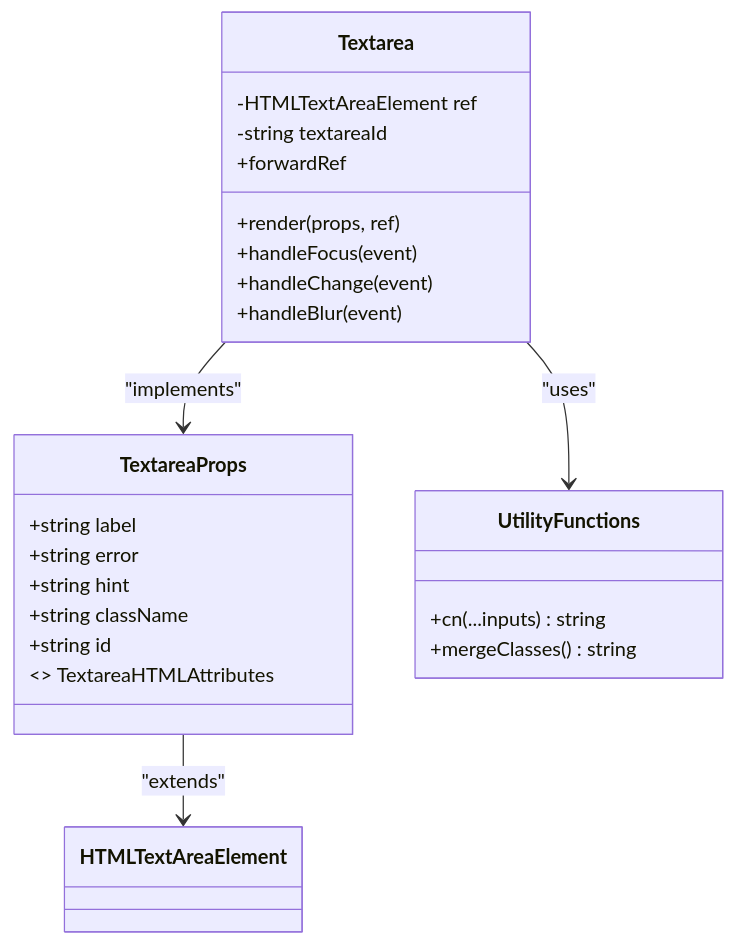
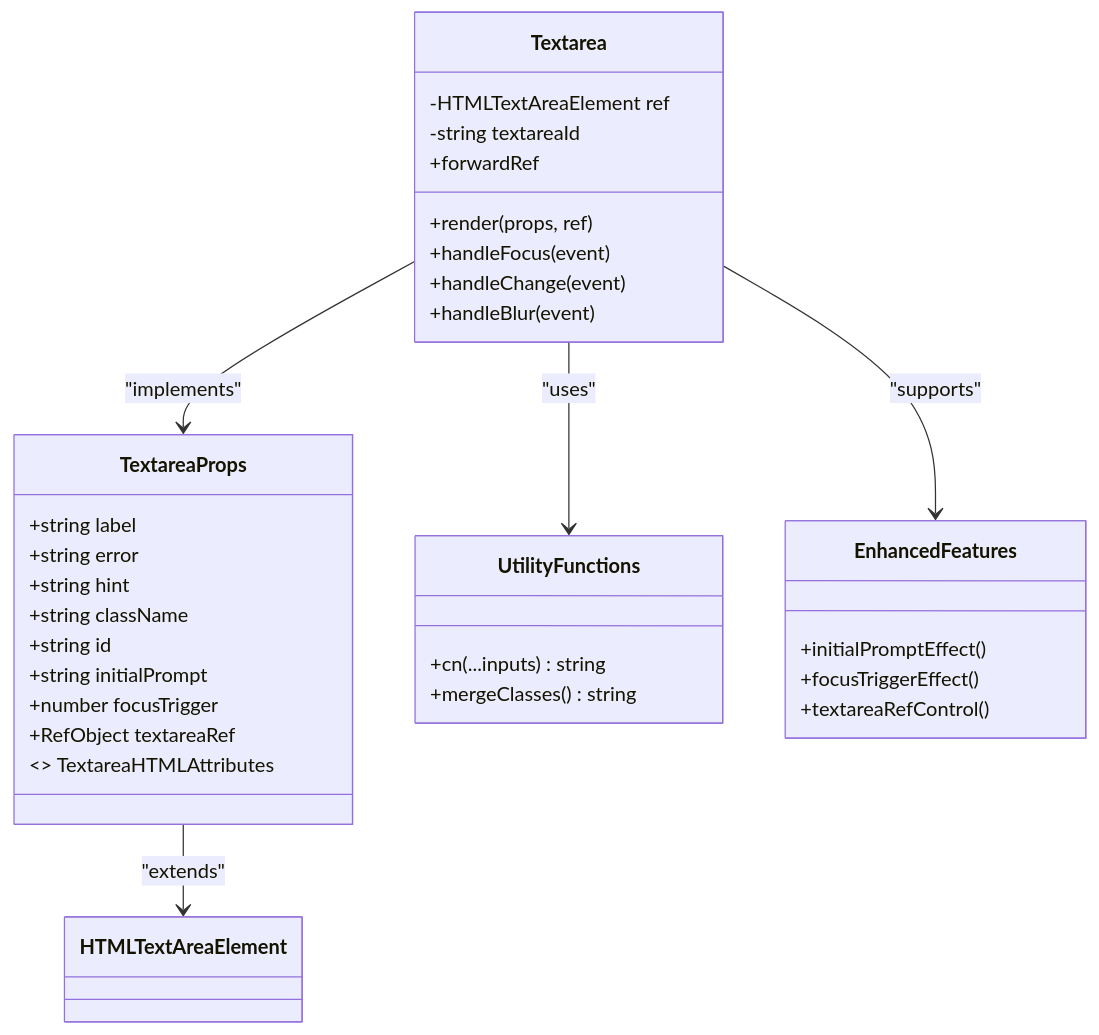
The second of 6 diagrams in .qoder/repowiki/en/content/UI Component System/Textarea Component.md (shekhargiri005-dotcom/AI-powered-accessibility-first-UI-engine), drawn with Mermaid before and after one commit. The commit also changed other lines of this file and 10 other files, not shown here.

````diff
--- a/.qoder/repowiki/en/content/UI Component System/Textarea Component.md
+++ b/.qoder/repowiki/en/content/UI Component System/Textarea Component.md
@@ -88,27 +102,36 @@
 ```mermaid
 classDiagram
 class TextareaProps {
 +string label
 +string error
 +string hint
 +string className
 +string id
++string initialPrompt
++number focusTrigger
++RefObject<HTMLTextAreaElement> textareaRef
 <<extends>> TextareaHTMLAttributes
 }
 class Textarea {
 -HTMLTextAreaElement ref
 -string textareaId
 +forwardRef<HTMLTextAreaElement, TextareaProps>
 +render(props, ref)
 +handleFocus(event)
 +handleChange(event)
 +handleBlur(event)
 }
 class UtilityFunctions {
 +cn(...inputs) string
 +mergeClasses() string
 }
+class EnhancedFeatures {
++initialPromptEffect()
++focusTriggerEffect()
++textareaRefControl()
+}
 Textarea --> TextareaProps : "implements"
 Textarea --> UtilityFunctions : "uses"
+Textarea --> EnhancedFeatures : "supports"
 TextareaProps --> HTMLTextAreaElement : "extends"
 ```
````
